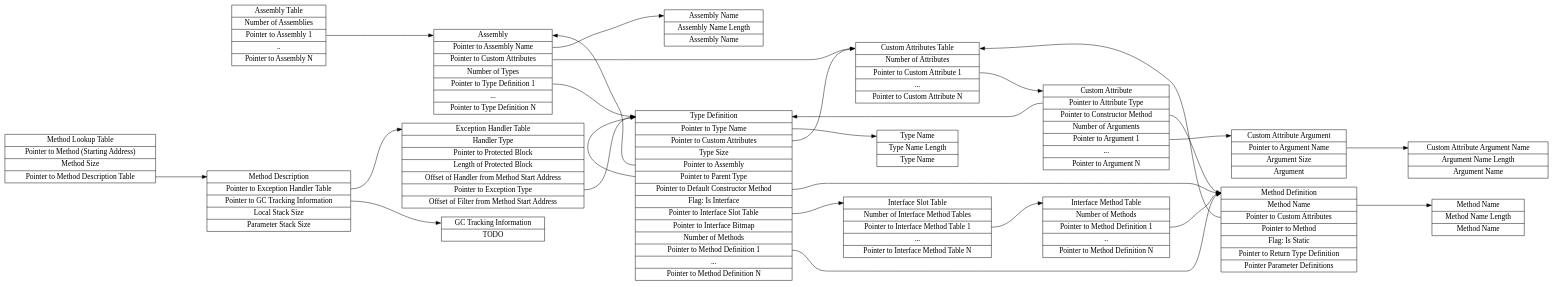
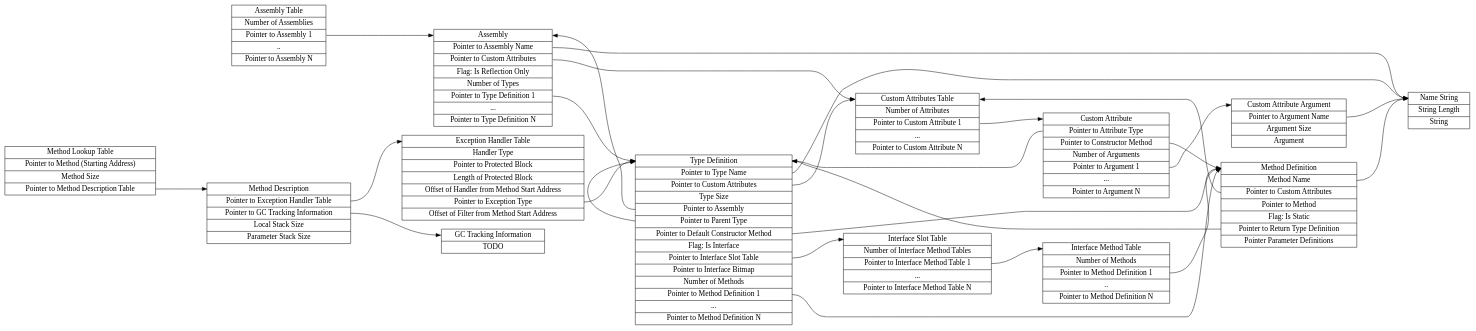
One commit to mosa/MOSA-Project changed the diagram in Docs/MOSA-Runtime-Tables.gv. Above: the diagram before and after it, drawn with Graphviz. The commit also changed 1 other file, not shown here.

Commit message:
Updated MOSA Runtime Tables Diagram

```diff
--- a/Docs/MOSA-Runtime-Tables.gv
+++ b/Docs/MOSA-Runtime-Tables.gv
@@ -1,194 +1,183 @@
 digraph g {
 graph [
 rankdir = "LR"
 ];
 node [
 fontsize = "16"
 shape = "ellipse"
 ];
 edge [
 minlen = "3"
 ];
 
+"NameString" [
+label = "<f0>Name String|<f1>String Length|<f2>String"
+shape = "record"
+];
+
 "AssemblyListTable" [
 label = "<f0>Assembly Table|<f1>Number of Assemblies|<f2>Pointer to Assembly 1|..|Pointer to Assembly N"
 shape = "record"
 ];
 
 "AssemblyDefinition" [
-label = "<f0>Assembly|<f1>Pointer to Assembly Name|<f2>Pointer to Custom Attributes|<f3> Number of Types|<f4>Pointer to Type  Definition 1|...|Pointer to Type  Definition N"
+label = "<f0>Assembly|<f1>Pointer to Assembly Name|<f2>Pointer to Custom Attributes|<f3>Flag: Is Reflection Only|<f4> Number of Types|<f5>Pointer to Type  Definition 1|...|Pointer to Type  Definition N"
 shape = "record"
 ];
 
 "TypeDefinition" [
 label = "<f0>Type Definition|<f1>Pointer to Type Name|<f2>Pointer to Custom Attributes|<f3>Type Size|<f4>Pointer to Assembly|<f5>Pointer to Parent Type|<f6>Pointer to Default Constructor Method|<f7>Flag: Is Interface|<f8>Pointer to Interface Slot Table|<f9>Pointer to Interface Bitmap|<f10>Number of Methods|<f11>Pointer to Method Definition 1|...|Pointer to Method Definition N"
-shape = "record"
-];
-
-"AssemblyName" [
-label = "<f0>Assembly Name|<f1>Assembly Name Length|<f2>Assembly Name"
-shape = "record"
-];
-
-"TypeName" [
-label = "<f0>Type Name|<f1>Type Name Length|<f2>Type Name"
 shape = "record"
 ];
 
 "MethodLookupTable" [
 label = "<f0>Method Lookup Table|<f1>Pointer to Method (Starting Address)|<f2>Method Size|<f3>Pointer to Method Description Table"
 shape = "record"
 ];
 
 "MethodDescription" [
 label = "<f0>Method Description|<f1>Pointer to Exception Handler Table|<f2>Pointer to GC Tracking Information|<f3>Local Stack Size|<f4>Parameter Stack Size"
 shape = "record"
 ];
 
 "ExceptionHandlerTable" [
 label = "<f0>Exception Handler Table|<f1>Handler Type|<f2>Pointer to Protected Block|<f3>Length of Protected Block|<f4>Offset of Handler from Method Start Address|<f5>Pointer to Exception Type|<f6>Offset of Filter from Method Start Address"
 shape = "record"
 ];
 
 "InterfaceSlotTable" [
 label = "<f0>Interface Slot Table|<f1>Number of Interface Method Tables|<f2>Pointer to Interface Method Table 1|...|Pointer to Interface Method Table N"
 shape = "record"
 ];
 
 "InterfaceMethodTable" [
 label = "<f0>Interface Method Table|<f1>Number of Methods|<f2>Pointer to Method Definition 1|..|Pointer to Method Definition N"
 shape = "record"
 ];
 
 "MethodDefinition" [
 label = "<f0>Method Definition|<f1>Method Name|<f2>Pointer to Custom Attributes|<f3>Pointer to Method|<f4>Flag: Is Static|<f5>Pointer to Return Type Definition|<f6>Pointer Parameter Definitions"
 shape = "record"
 ];
 
-"MethodName" [
-label = "<f0>Method Name|<f1>Method Name Length|<f2>Method Name"
-shape = "record"
-];
-
 "GCTrackingInformation" [
 label = "<f0>GC Tracking Information|TODO"
 shape = "record"
 ];
 
 "CustomAttributesTable" [
 label = "<f0>Custom Attributes Table|<f1>Number of Attributes|<f2>Pointer to Custom Attribute 1|...|Pointer to Custom Attribute N"
 shape = "record"
 ];
 
 "CustomAttribute" [
 label = "<f0>Custom Attribute|<f1>Pointer to Attribute Type|<f2>Pointer to Constructor Method|<f3>Number of Arguments|<f4>Pointer to Argument 1|...|Pointer to Argument N"
 shape = "record"
 ];
 
 "CustomAttributeArgument" [
 label = "<f0>Custom Attribute Argument|<f1>Pointer to Argument Name|<f2>Argument Size|<f3>Argument"
 shape = "record"
 ];
 
-"CustomAttributeArgumentName" [
-label = "<f0>Custom Attribute Argument Name|<f1>Argument Name Length|<f2>Argument Name"
-shape = "record"
-];
-
 "CustomAttributesTable":f2 -> "CustomAttribute":f0 [
 id = 0
 ];
 
 "CustomAttribute":f1 -> "TypeDefinition":f0 [
 id = 0
 ];
 
 "CustomAttribute":f2 -> "MethodDefinition":f0 [
 id = 0
 ];
 
 "CustomAttribute":f4 -> "CustomAttributeArgument":f0 [
 id = 0
 ];
 
-"CustomAttributeArgument":f1 -> "CustomAttributeArgumentName":f0 [
+"CustomAttributeArgument":f1 -> "NameString":f0 [
 id = 0
 ];
 
 "AssemblyListTable":f2 -> "AssemblyDefinition":f0 [
 id = 0
 ];
 
-"AssemblyDefinition":f1 -> "AssemblyName":f0 [
+"AssemblyDefinition":f1 -> "NameString":f0 [
 id = 0
 ];
 
 "AssemblyDefinition":f2 -> "CustomAttributesTable":f0 [
 id = 0
 ];
 
-"AssemblyDefinition":f4 -> "TypeDefinition":f0 [
+"AssemblyDefinition":f5 -> "TypeDefinition":f0 [
 id = 0
 ];
 
 "MethodLookupTable":f3 -> "MethodDescription":f0 [
 id = 0
 ];
 
 "MethodDescription":f1 -> "ExceptionHandlerTable":f0 [
 id = 0
 ];
 
 "ExceptionHandlerTable":f5 -> "TypeDefinition":f0 [
 id = 0
 ];
 
-"TypeDefinition":f1 -> "TypeName":f0 [
+"TypeDefinition":f1 -> "NameString":f0 [
 id = 0
 ];
 
 "TypeDefinition":f2 -> "CustomAttributesTable":f0 [
 id = 0
 ];
 
 "TypeDefinition":f4 -> "AssemblyDefinition":f0 [
 id = 0
 ];
 
 "TypeDefinition":f5 -> "TypeDefinition":f0 [
 id = 0
 ];
 
 "TypeDefinition":f6 -> "MethodDefinition":f0 [
 id = 0
 ];
 
 "TypeDefinition":f8 -> "InterfaceSlotTable":f0 [
 id = 0
 ];
 
 "TypeDefinition":f11 -> "MethodDefinition":f0 [
 id = 0
 ];
 
 "InterfaceSlotTable":f2 -> "InterfaceMethodTable":f0 [
 id = 0
 ];
 
 "InterfaceMethodTable":f2 -> "MethodDefinition":f0 [
 id = 0
 ];
 
-"MethodDefinition":f1 -> "MethodName":f0 [
+"MethodDefinition":f1 -> "NameString":f0 [
 id = 0
 ];
 
 "MethodDefinition":f2 -> "CustomAttributesTable":f0 [
+id = 0
+];
+
+"MethodDefinition":f5 -> "TypeDefinition":f0 [
 id = 0
 ];
 
 "MethodDescription":f2 -> "GCTrackingInformation":f0 [
 id = 0
 ];
 
 }
```
